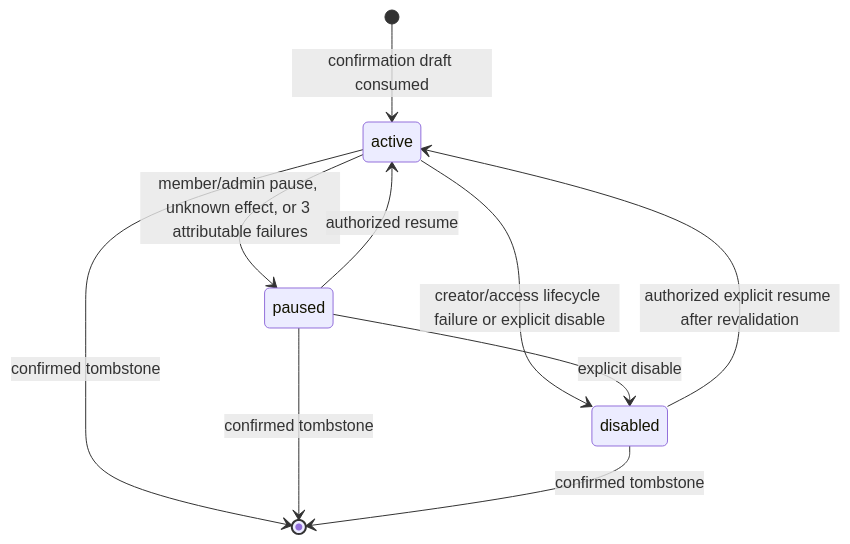
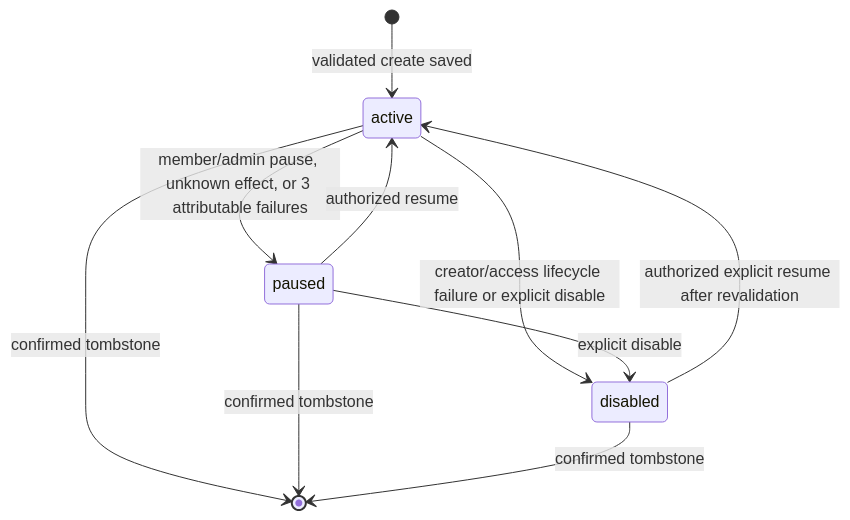
One commit to pejmanjohn/chickpea changed the second of 4 diagrams in docs/plans/2026-07-27-001-feat-routines-proactive-triggers-plan.md. Above: the diagram before and after it, drawn with Mermaid. The commit also changed other lines of this file and 14 other files, not shown here.

````diff
--- a/docs/plans/2026-07-27-001-feat-routines-proactive-triggers-plan.md
+++ b/docs/plans/2026-07-27-001-feat-routines-proactive-triggers-plan.md
@@ -465,12 +464,12 @@
 ```mermaid
 stateDiagram-v2
-    [*] --> active: confirmation draft consumed
+    [*] --> active: validated create saved
     active --> paused: member/admin pause, unknown effect, or 3 attributable failures
     paused --> active: authorized resume
     active --> disabled: creator/access lifecycle failure or explicit disable
     paused --> disabled: explicit disable
     disabled --> active: authorized explicit resume after revalidation
     active --> [*]: confirmed tombstone
     paused --> [*]: confirmed tombstone
     disabled --> [*]: confirmed tombstone
 ```
````
